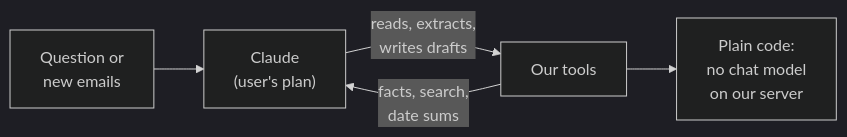
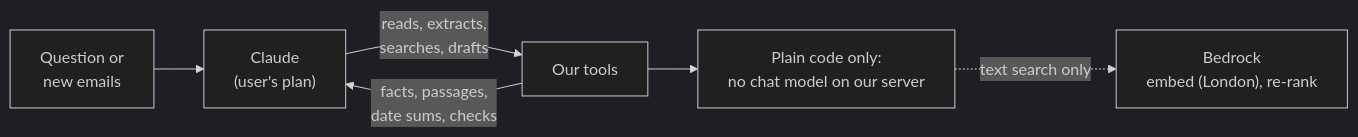
Before and after one commit to florinmarcus/builders_lab: the second of 2 diagrams in architecture/ARCHITECTURE.md, drawn with Mermaid (dark theme). The commit also changed other lines of this file, not shown here.

First line of the commit message:
Architecture overview: high level, the agents, a map of the four designs (ADR 0020)

````diff
--- a/architecture/ARCHITECTURE.md
+++ b/architecture/ARCHITECTURE.md
@@ -75,7 +43,8 @@
 ```mermaid
 flowchart LR
     q["Question or<br/>new emails"] --> claude["Claude<br/>(user's plan)"]
-    claude -->|"reads, extracts,<br/>writes drafts"| tools["Our tools"]
-    tools -->|"facts, search,<br/>date sums"| claude
-    tools --> code["Plain code:<br/>no chat model<br/>on our server"]
+    claude -->|"reads, extracts,<br/>searches, drafts"| tools["Our tools"]
+    tools -->|"facts, passages,<br/>date sums, checks"| claude
+    tools --> code["Plain code only:<br/>no chat model on our server"]
+    code -.->|"text search only"| bed["Bedrock<br/>embed (London), re-rank"]
 ```
````
